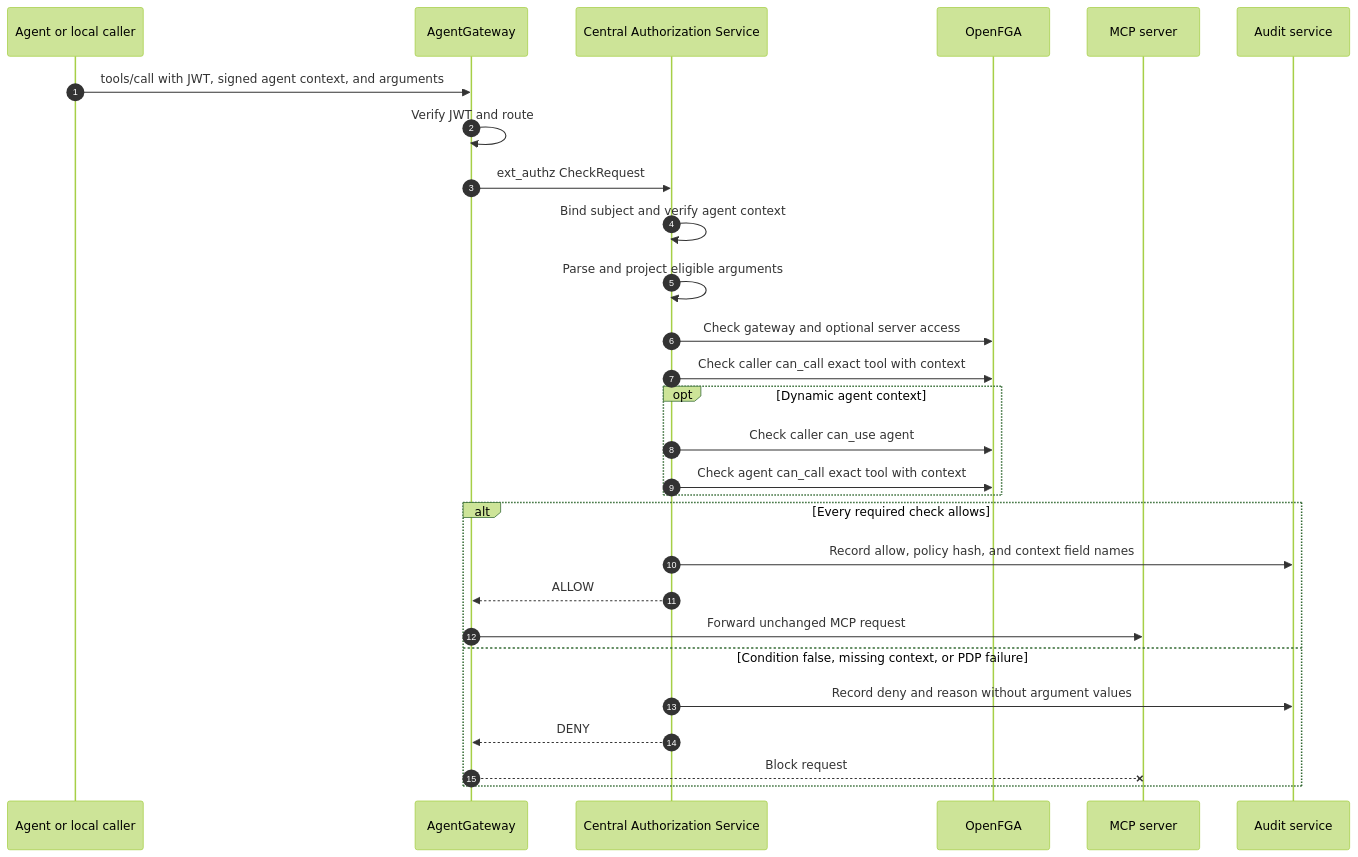
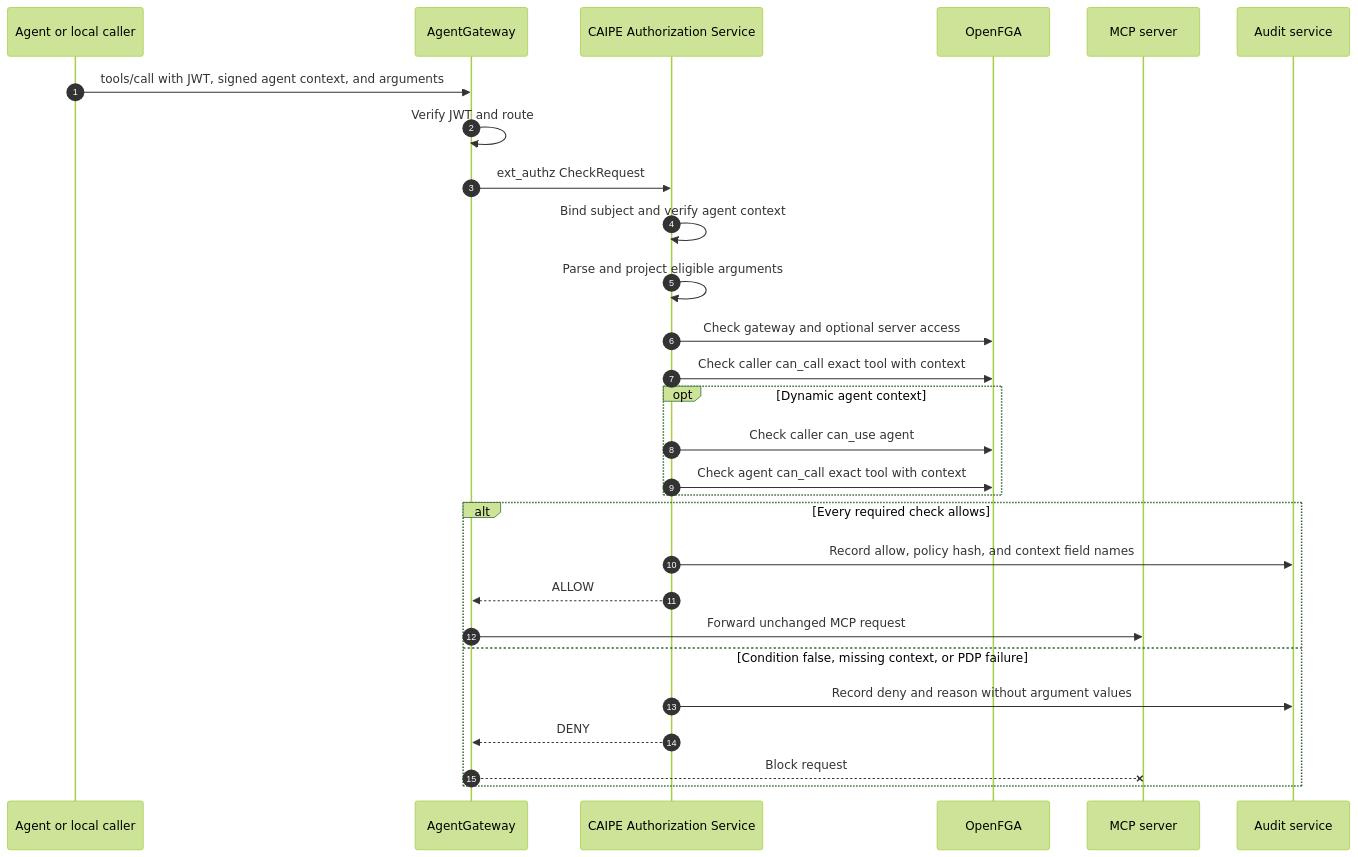
One commit to cnoe-io/ai-platform-engineering changed the second of 2 diagrams in docs/docs/specs/2026-08-17-openfga-tool-expression-policies/architecture.md. Above: the diagram before and after it, drawn with Mermaid (forest theme). The commit also changed other lines of this file and 3 other files, not shown here.

Commit message:
docs(authz): rename service to caipe-authz

````diff
--- a/docs/docs/specs/2026-08-17-openfga-tool-expression-policies/architecture.md
+++ b/docs/docs/specs/2026-08-17-openfga-tool-expression-policies/architecture.md
@@ -610,31 +611,31 @@
 ```mermaid
 sequenceDiagram
     autonumber
     participant Caller as Agent or local caller
     participant AGW as AgentGateway
-    participant CAS as Central Authorization Service
+    participant Authz as CAIPE Authorization Service
     participant FGA as OpenFGA
     participant MCP as MCP server
     participant Audit as Audit service
 
     Caller->>AGW: tools/call with JWT, signed agent context, and arguments
     AGW->>AGW: Verify JWT and route
-    AGW->>CAS: ext_authz CheckRequest
-    CAS->>CAS: Bind subject and verify agent context
-    CAS->>CAS: Parse and project eligible arguments
-    CAS->>FGA: Check gateway and optional server access
-    CAS->>FGA: Check caller can_call exact tool with context
+    AGW->>Authz: ext_authz CheckRequest
+    Authz->>Authz: Bind subject and verify agent context
+    Authz->>Authz: Parse and project eligible arguments
+    Authz->>FGA: Check gateway and optional server access
+    Authz->>FGA: Check caller can_call exact tool with context
     opt Dynamic agent context
-        CAS->>FGA: Check caller can_use agent
-        CAS->>FGA: Check agent can_call exact tool with context
+        Authz->>FGA: Check caller can_use agent
+        Authz->>FGA: Check agent can_call exact tool with context
     end
     alt Every required check allows
-        CAS->>Audit: Record allow, policy hash, and context field names
-        CAS-->>AGW: ALLOW
+        Authz->>Audit: Record allow, policy hash, and context field names
+        Authz-->>AGW: ALLOW
         AGW->>MCP: Forward unchanged MCP request
     else Condition false, missing context, or PDP failure
-        CAS->>Audit: Record deny and reason without argument values
-        CAS-->>AGW: DENY
+        Authz->>Audit: Record deny and reason without argument values
+        Authz-->>AGW: DENY
         AGW--xMCP: Block request
     end
 ```
````
